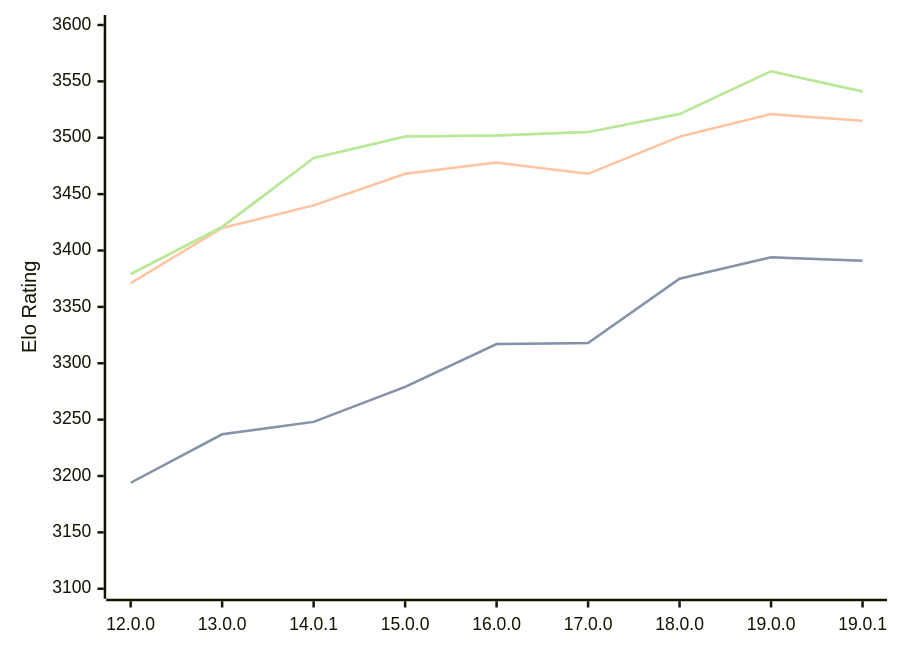
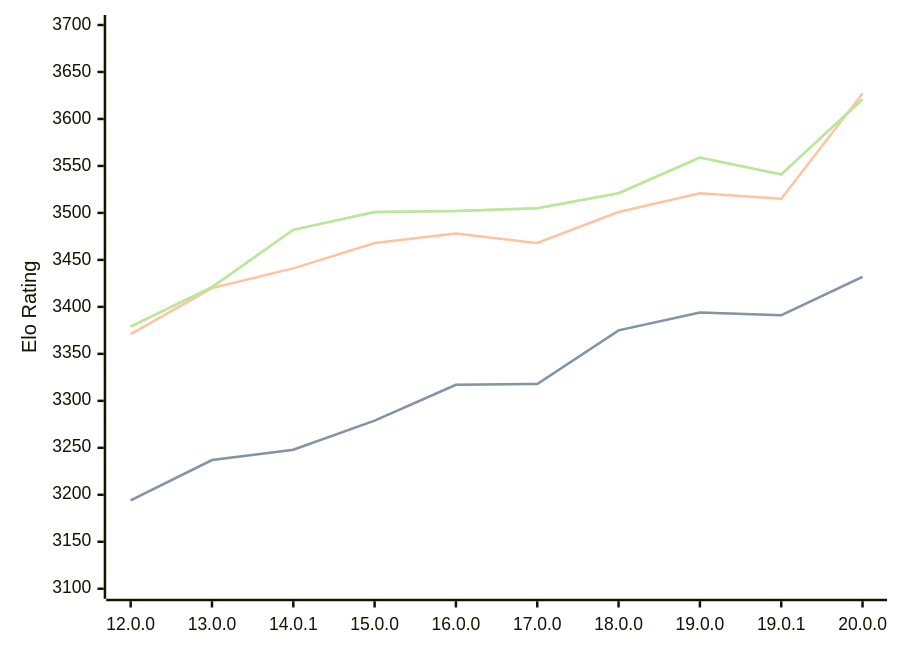
Before and after one commit to computer-chess-index/cci: the third of 3 diagrams in engines/Viridithas.md, drawn with Mermaid. The commit also changed other lines of this file, not shown here.

Commit message:
Update CCI Ratings (ELO VLTC) - 2026-06-30

````diff
--- a/engines/Viridithas.md
+++ b/engines/Viridithas.md
@@ -97,11 +97,11 @@
 ```mermaid
 %%{init: {"theme":"base","themeVariables":{"seriesColors:['#a3a3a3','#222221','#faa371']}}}%%
 xychart-beta
-  x-axis ["12.0.0", "13.0.0", "14.0.1", "15.0.0", "16.0.0", "17.0.0", "18.0.0", "19.0.0", "19.0.1"]
-  y-axis "Elo Rating" 3100 --> 3600
-  line "STC (8.0+0.08s)" [3194, 3237, 3248, 3279, 3317, 3318, 3375, 3394, 3391]
-  line "STC (8.0+0.08s)" [3194, 3237, 3248, 3279, 3317, 3318, 3375, 3394, 3391]
-  line "LTC (60.0+0.60s)" [3371, 3420, 3440, 3468, 3478, 3468, 3501, 3521, 3515]
-  line "VLTC (2m24s+1.12s)" [3379, 3421, 3482, 3501, 3502, 3505, 3521, 3559, 3541]
-  line "VLTC (2m24s+1.12s)" [3379, 3421, 3482, 3501, 3502, 3505, 3521, 3559, 3541]
+  x-axis ["12.0.0", "13.0.0", "14.0.1", "15.0.0", "16.0.0", "17.0.0", "18.0.0", "19.0.0", "19.0.1", "20.0.0"]
+  y-axis "Elo Rating" 3100 --> 3700
+  line "STC (8.0+0.08s)" [3194, 3237, 3248, 3279, 3317, 3318, 3375, 3394, 3391, 3432]
+  line "STC (8.0+0.08s)" [3194, 3237, 3248, 3279, 3317, 3318, 3375, 3394, 3391, 3432]
+  line "LTC (60.0+0.60s)" [3371, 3420, 3441, 3468, 3478, 3468, 3501, 3521, 3515, 3627]
+  line "VLTC (2m24s+1.12s)" [3379, 3421, 3482, 3501, 3502, 3505, 3521, 3559, 3541, 3621]
+  line "VLTC (2m24s+1.12s)" [3379, 3421, 3482, 3501, 3502, 3505, 3521, 3559, 3541, 3621]
 ```
````
